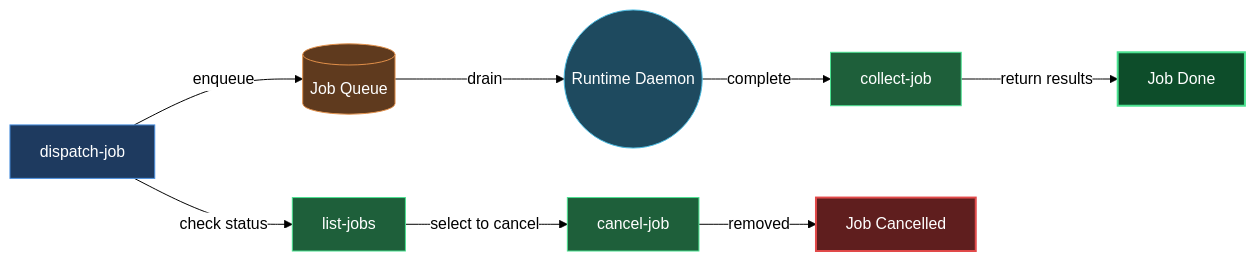
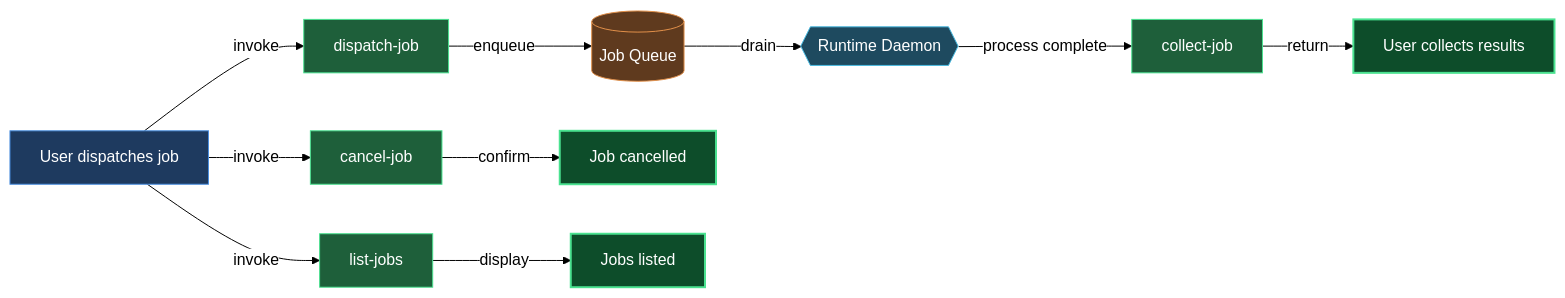
One commit to mebius-san/lazy-cortex changed the diagram in Claude/lazycortex-core/help/experts.md. Above: the diagram before and after it, drawn with Mermaid. The commit also changed other lines of this file and 15 other files, not shown here.

````diff
--- a/Claude/lazycortex-core/help/experts.md
+++ b/Claude/lazycortex-core/help/experts.md
@@ -53,36 +54,43 @@
 ```mermaid
 %%{init: {'themeVariables':{'background':'transparent','lineColor':'#000','textColor':'#000','edgeLabelBackground':'#fff'},'themeCSS':'.edgeLabel{background-color:transparent!important}.edgeLabel p{background-color:transparent!important}','flowchart':{'diagramPadding':5,'useMaxWidth':true}}}%%
 flowchart LR
-  userDispatchJob[dispatch-job]
-  runtimeDaemon((Runtime Daemon))
+  userDispatchesJob[User dispatches job]
+  dispatchJobSkill[dispatch-job]
   jobQueue[(Job Queue)]
-  userCollectJob[collect-job]
-  userListJobs[list-jobs]
-  userCancelJob[cancel-job]
-  jobDone[Job Done]
-  jobCancelled[Job Cancelled]
+  runtimeDaemon{{Runtime Daemon}}
+  collectJobSkill[collect-job]
+  userCollectsResults[User collects results]
+  listJobsSkill[list-jobs]
+  cancelJobSkill[cancel-job]
+  jobCancelled[Job cancelled]
+  jobsListed[Jobs listed]
 
-  userDispatchJob -->|enqueue| jobQueue
+  userDispatchesJob -->|invoke| dispatchJobSkill
+  dispatchJobSkill -->|enqueue| jobQueue
   jobQueue -->|drain| runtimeDaemon
-  runtimeDaemon -->|complete| userCollectJob
-  userCollectJob -->|return results| jobDone
-  userDispatchJob -->|check status| userListJobs
-  userListJobs -->|select to cancel| userCancelJob
-  userCancelJob -->|removed| jobCancelled
+  runtimeDaemon -->|process complete| collectJobSkill
+  collectJobSkill -->|return| userCollectsResults
+
+  userDispatchesJob -->|invoke| listJobsSkill
+  listJobsSkill -->|display| jobsListed
+
+  userDispatchesJob -->|invoke| cancelJobSkill
+  cancelJobSkill -->|confirm| jobCancelled
 
   classDef entry fill:#1e3a5f,stroke:#4a90e2,color:#fff
   classDef action fill:#1e5f3a,stroke:#4ae290,color:#fff
   classDef service fill:#1e4a5f,stroke:#4abce2,color:#fff
   classDef store fill:#5f3a1e,stroke:#e2904a,color:#fff
   classDef success fill:#0d4d2a,stroke:#4ae290,color:#fff,stroke-width:2px
-  classDef error fill:#5f1e1e,stroke:#e24a4a,color:#fff,stroke-width:2px
 
-  class userDispatchJob entry
+  class userDispatchesJob entry
+  class dispatchJobSkill action
+  class collectJobSkill action
+  class listJobsSkill action
+  class cancelJobSkill action
   class runtimeDaemon service
   class jobQueue store
-  class userCollectJob action
-  class userListJobs action
-  class userCancelJob action
-  class jobDone success
-  class jobCancelled error
+  class userCollectsResults success
+  class jobsListed success
+  class jobCancelled success
 ```
````
